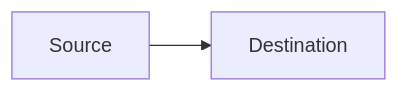
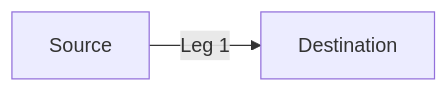
Before and after one commit to yojee/yojee-developer-portal: the diagram in docs/concepts/anatomy-order-request.md, drawn with Mermaid. The commit also changed other lines of this file, not shown here.

````diff
--- a/docs/concepts/anatomy-order-request.md
+++ b/docs/concepts/anatomy-order-request.md
@@ -214,4 +177,4 @@
 ```mermaid
   graph LR
-    A[Source] --> B[Destination]
+    A[Source] -->|Leg 1| B[Destination]
 ```
````
